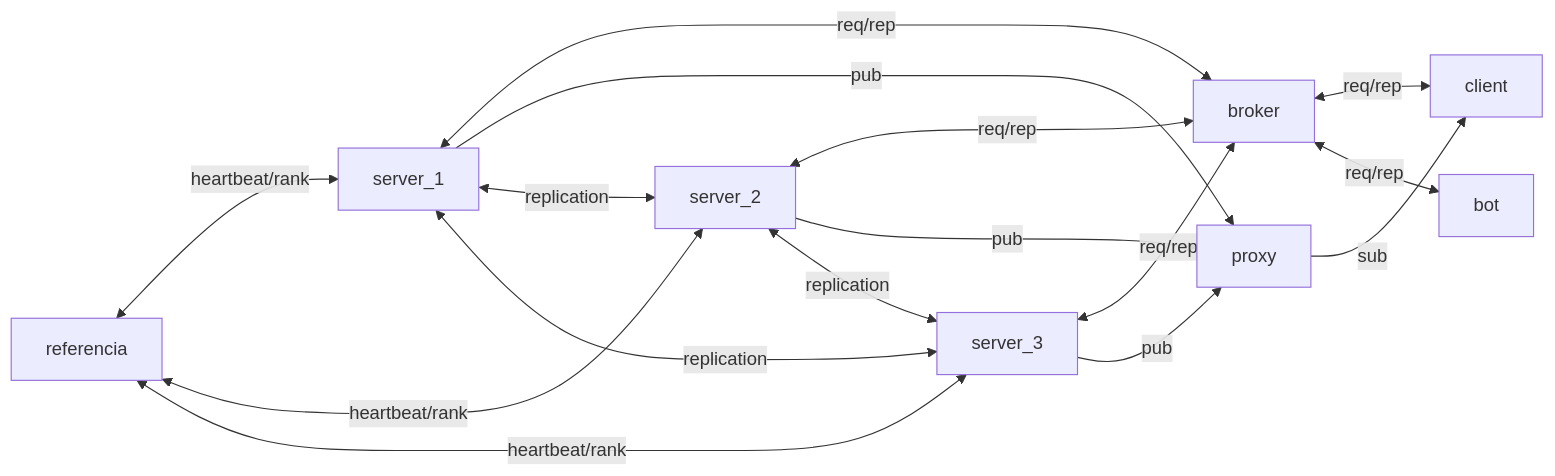
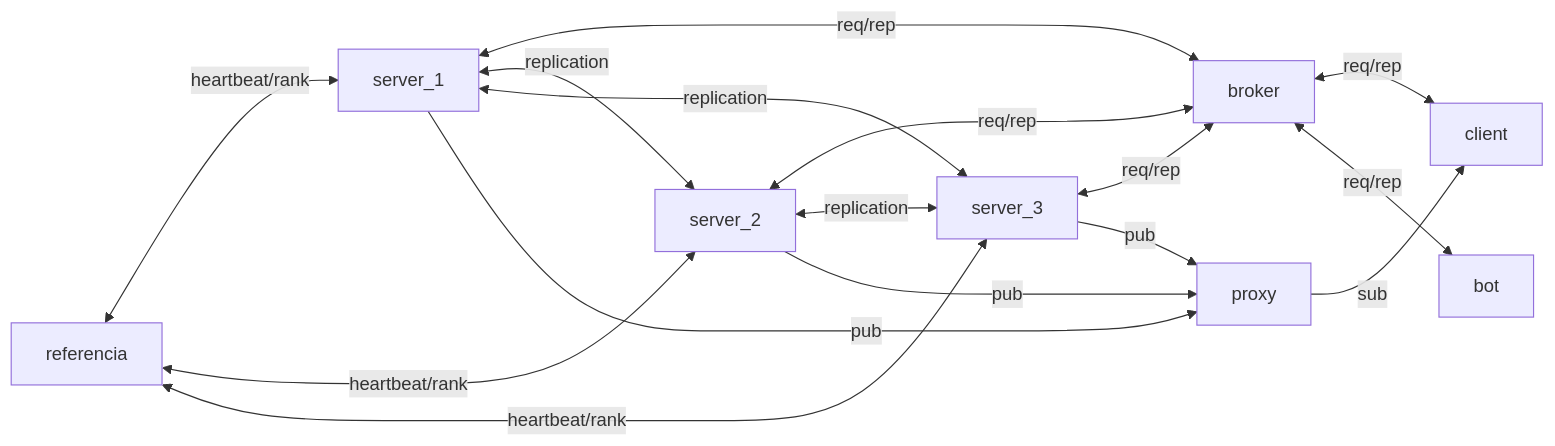
Before and after one commit to BrunoBassoo/BulletInBoard: the diagram in README.md, drawn with Mermaid. The commit also changed other lines of this file, not shown here.

````diff
--- a/README.md
+++ b/README.md
@@ -119,23 +63,22 @@
 ```mermaid
 graph LR
 		server_1 <--req/rep--> broker
 		server_2 <--req/rep--> broker
 		server_3 <--req/rep--> broker
 
-		server_1 --pub--> proxy
-		server_2 --pub--> proxy
-		server_3 --pub--> proxy
-
 		broker <--req/rep--> client
 		broker <--req/rep--> bot
-
-		proxy --sub--> client
 
 		server_1 <--replication--> server_2
 		server_2 <--replication--> server_3
 		server_1 <--replication--> server_3
 
+		server_1 --pub--> proxy
+		server_2 --pub--> proxy
+		server_3 --pub--> proxy
+		proxy --sub--> client
+
 		referencia <--heartbeat/rank--> server_1
 		referencia <--heartbeat/rank--> server_2
 		referencia <--heartbeat/rank--> server_3
 ```
````
